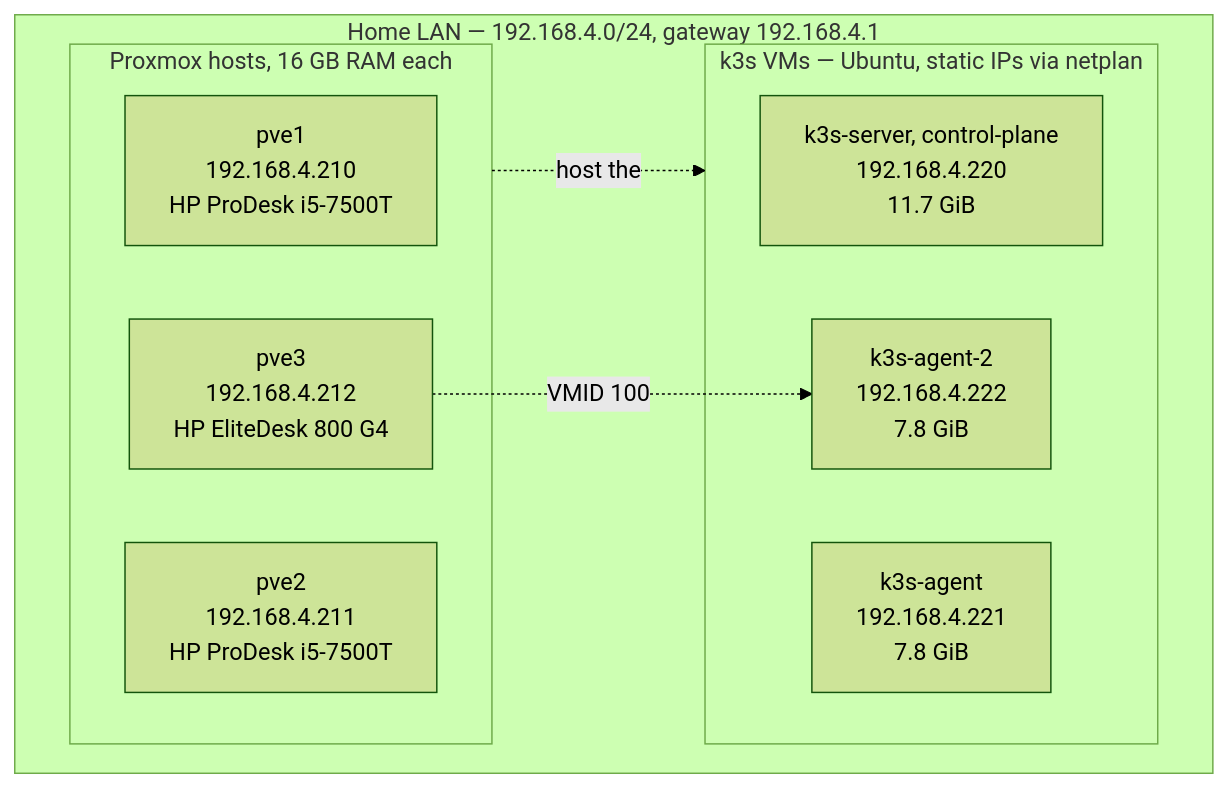
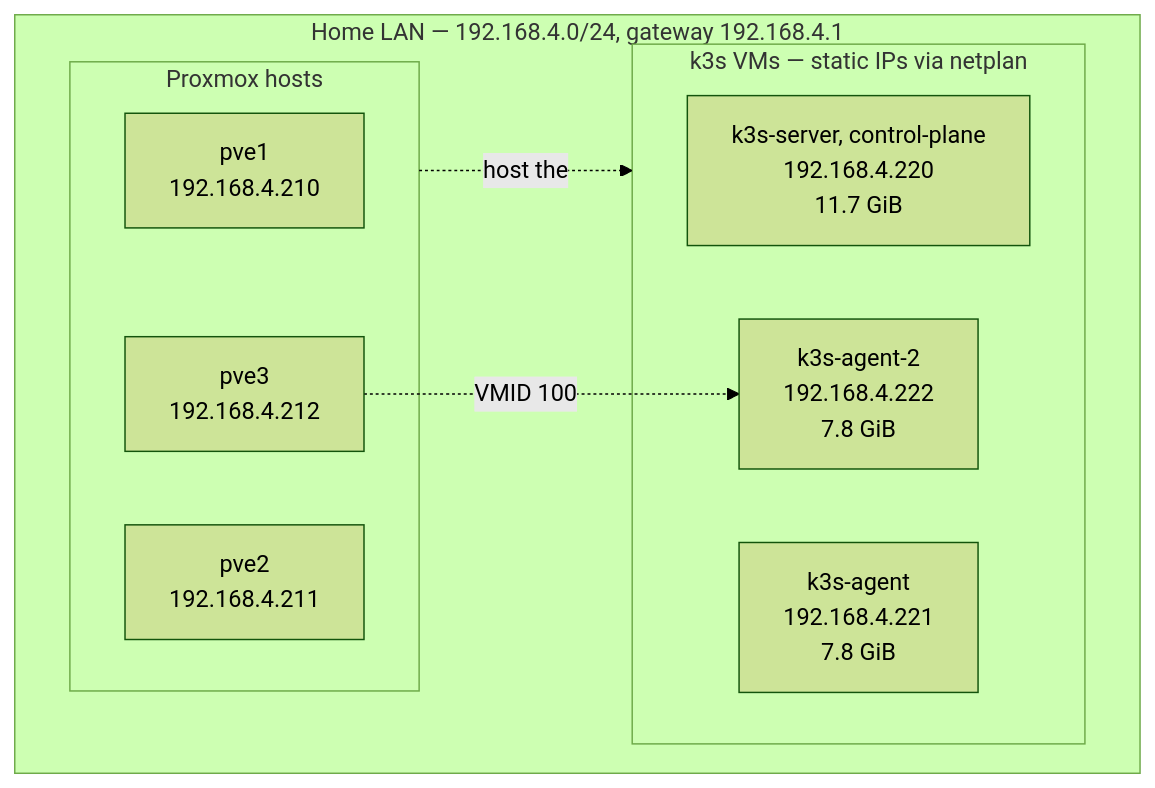
One commit to AmanHogan/kubenex changed the first of 4 diagrams in docs/homelab.md. Above: the diagram before and after it, drawn with Mermaid (forest theme). The commit also changed other lines of this file and 2 other files, not shown here.

````diff
--- a/docs/homelab.md
+++ b/docs/homelab.md
@@ -28,19 +28,19 @@
 ```mermaid
 flowchart TB
   subgraph LAN["Home LAN — 192.168.4.0/24, gateway 192.168.4.1"]
-    subgraph HOSTS["Proxmox hosts, 16 GB RAM each"]
-      P1["pve1<br/>192.168.4.210<br/>HP ProDesk i5-7500T"]
-      P2["pve2<br/>192.168.4.211<br/>HP ProDesk i5-7500T"]
-      P3["pve3<br/>192.168.4.212<br/>HP EliteDesk 800 G4"]
+    subgraph HOSTS["Proxmox hosts"]
+      P1["pve1<br/>192.168.4.210"]
+      P2["pve2<br/>192.168.4.211"]
+      P3["pve3<br/>192.168.4.212"]
     end
 
-    subgraph VMS["k3s VMs — Ubuntu, static IPs via netplan"]
+    subgraph VMS["k3s VMs — static IPs via netplan"]
       SRV["k3s-server, control-plane<br/>192.168.4.220<br/>11.7 GiB"]
       AG1["k3s-agent<br/>192.168.4.221<br/>7.8 GiB"]
       AG2["k3s-agent-2<br/>192.168.4.222<br/>7.8 GiB"]
     end
   end
 
   P3 -. "VMID 100" .-> AG2
   HOSTS -.->|"host the"| VMS
 ```
````
